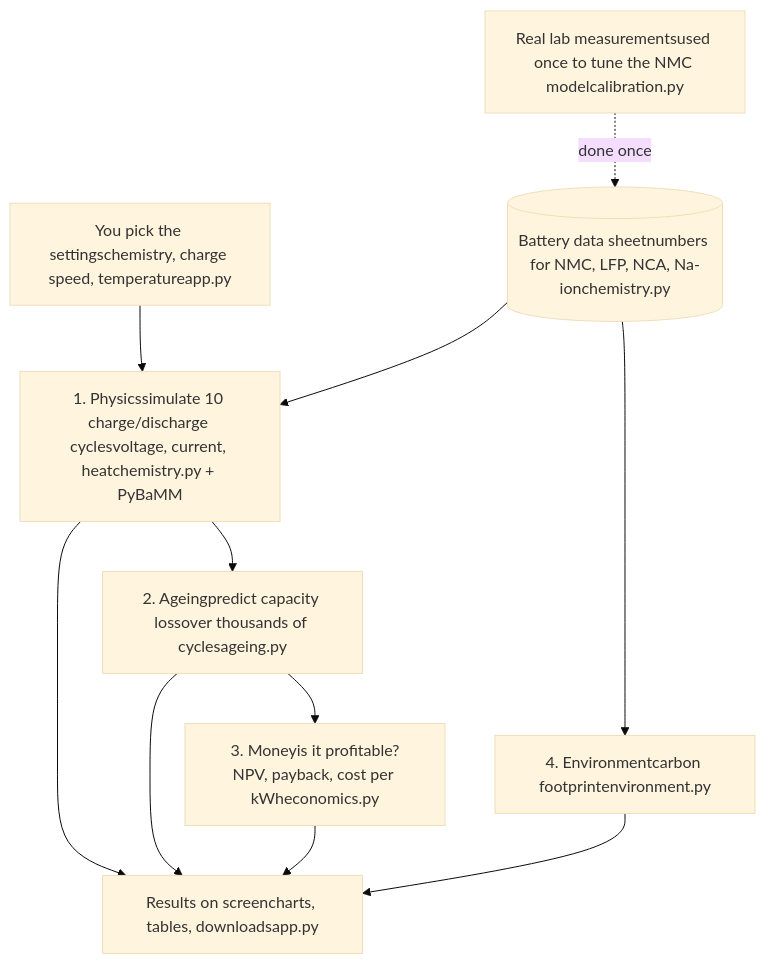
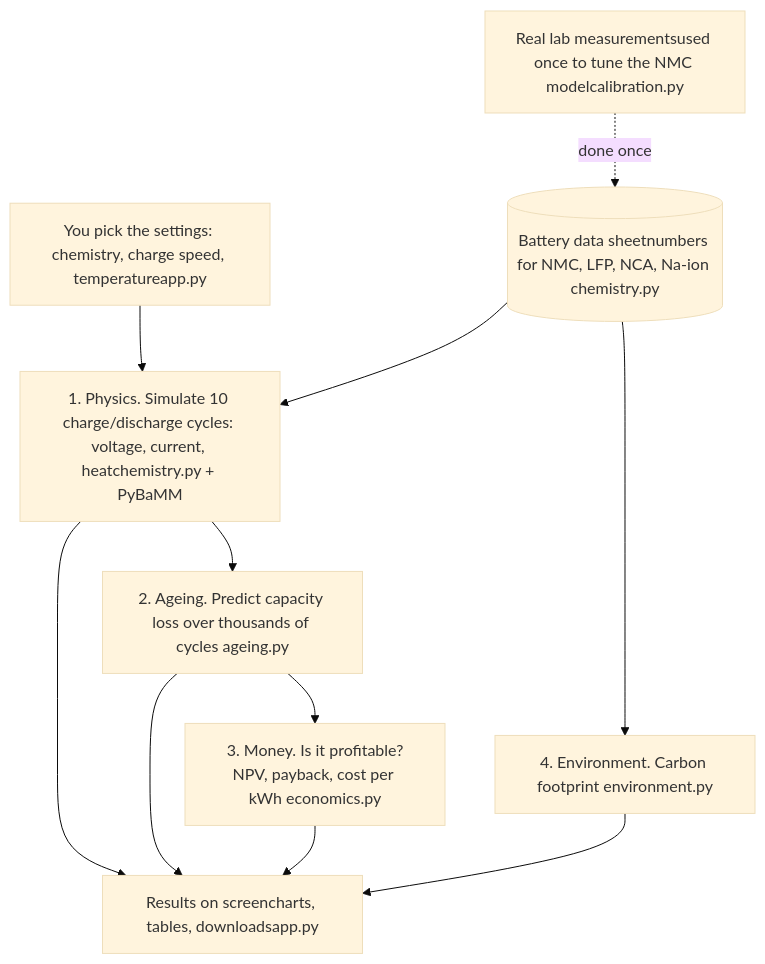
Before and after one commit to TheJohn01/DigitalTwinBattery: the diagram in README.md, drawn with Mermaid (base theme). The commit also changed other lines of this file, not shown here.

````diff
--- a/README.md
+++ b/README.md
@@ -32,25 +23,25 @@
 ```mermaid
 flowchart TD
-    USER["You pick the settingschemistry, charge speed, temperatureapp.py"]
-    SHEET[("Battery data sheetnumbers for NMC, LFP, NCA, Na-ionchemistry.py")]
+    USER["You pick the settings: chemistry, charge speed, temperatureapp.py"]
+    SHEET[("Battery data sheetnumbers for NMC, LFP, NCA, Na-ion chemistry.py")]
     LAB["Real lab measurementsused once to tune the NMC modelcalibration.py"]
 
-    PHYS["1. Physicssimulate 10 charge/discharge cyclesvoltage, current, heatchemistry.py + PyBaMM"]
-    AGE["2. Ageingpredict capacity lossover thousands of cyclesageing.py"]
-    MONEY["3. Moneyis it profitable?NPV, payback, cost per kWheconomics.py"]
-    CO2["4. Environmentcarbon footprintenvironment.py"]
+    PHYS["1. Physics. Simulate 10 charge/discharge cycles: voltage, current, heatchemistry.py + PyBaMM"]
+    AGE["2. Ageing. Predict capacity loss over thousands of cycles ageing.py"]
+    MONEY["3. Money. Is it profitable?NPV, payback, cost per kWh economics.py"]
+    CO2["4. Environment. Carbon footprint environment.py"]
     OUT["Results on screencharts, tables, downloadsapp.py"]
 
     USER --> PHYS
     SHEET --> PHYS
     LAB -. "done once" .-> SHEET
     PHYS --> AGE
     AGE --> MONEY
     SHEET --> CO2
     PHYS --> OUT
     AGE --> OUT
     MONEY --> OUT
     CO2 --> OUT
 
   
 ```
````
